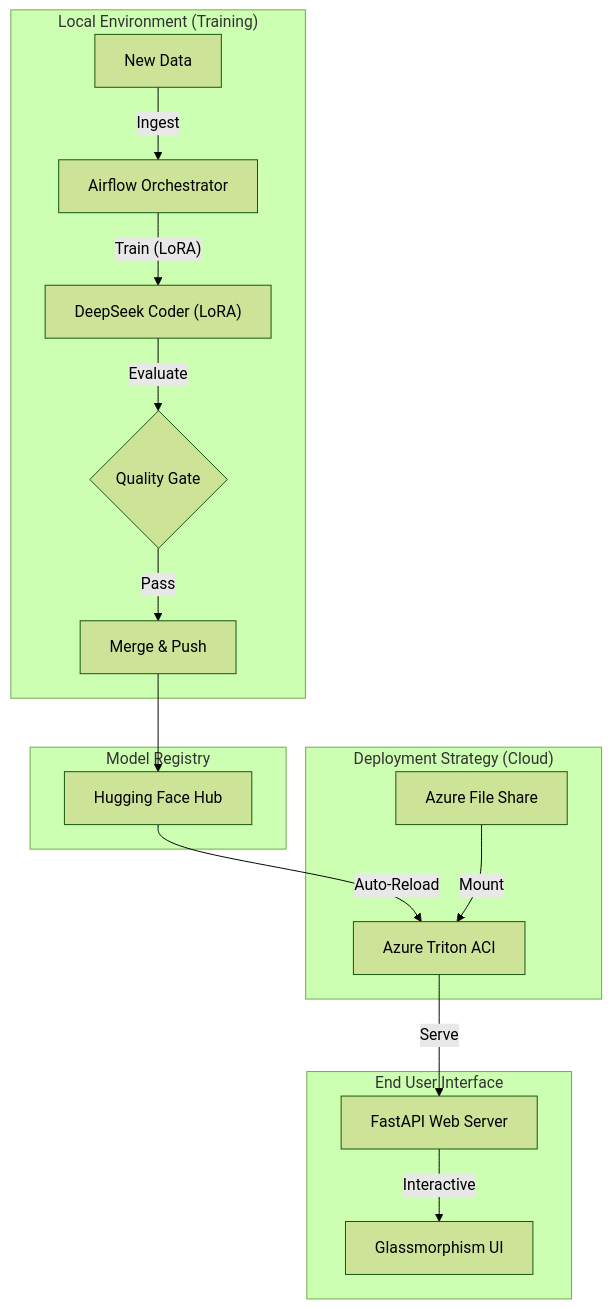
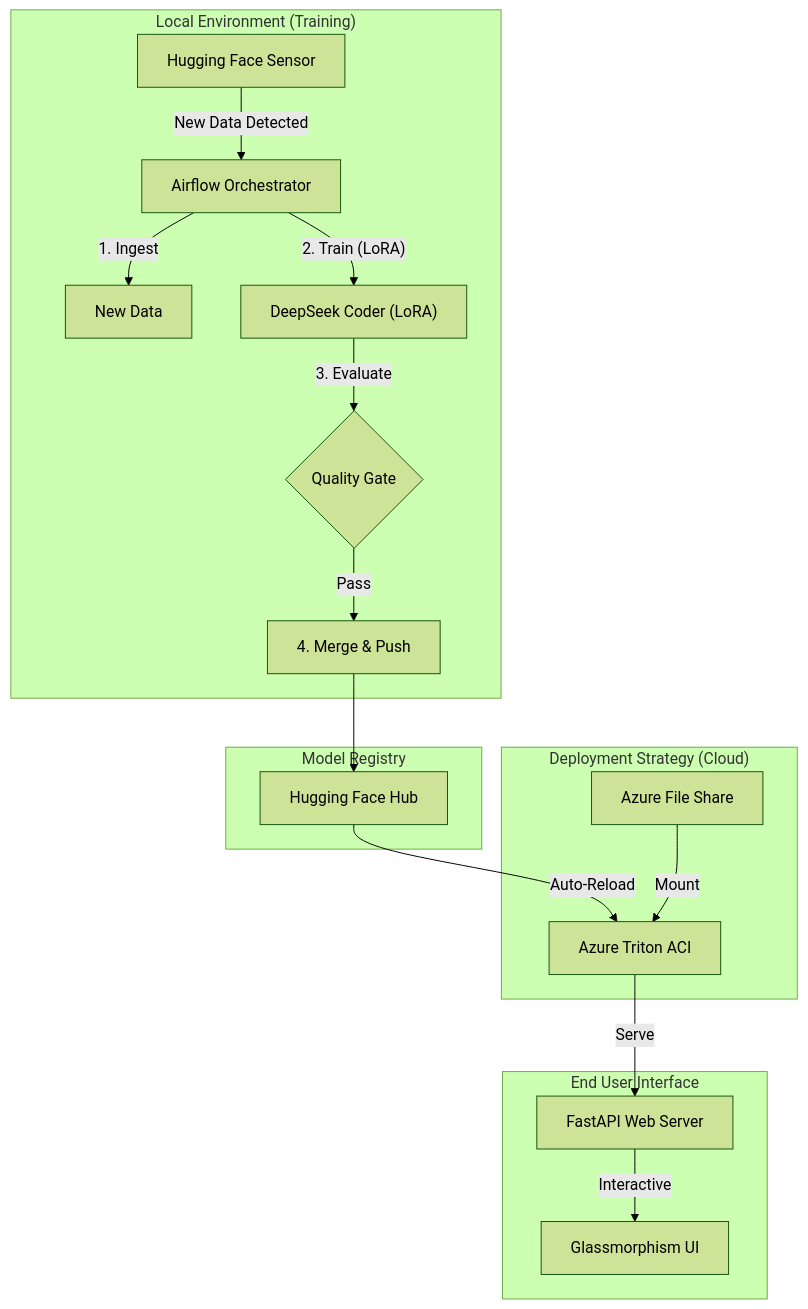
One commit to MohammedAmine0012/Continuous-Fine-Tuning-Pipeline-for-LLMs-Airflow-HuggingFace-LoRA- changed the diagram in README.md. Above: the diagram before and after it, drawn with Mermaid (forest theme).

Commit message:
docs: include Hugging Face sensor in architecture diagram

````diff
--- a/README.md
+++ b/README.md
@@ -35,23 +35,24 @@
 ```mermaid
 graph TD
     subgraph "Local Environment (Training)"
-        A["New Data"] -->|"Ingest"| B["Airflow Orchestrator"]
-        B -->|"Train (LoRA)"| C["DeepSeek Coder (LoRA)"]
-        C -->|"Evaluate"| D{"Quality Gate"}
-        D -- "Pass" --> E["Merge & Push"]
+        S["Hugging Face Sensor"] -->|"New Data Detected"| B["Airflow Orchestrator"]
+        B -->|"1. Ingest"| A["New Data"]
+        B -->|"2. Train (LoRA)"| C["DeepSeek Coder (LoRA)"]
+        C -->|"3. Evaluate"| D{"Quality Gate"}
+        D -- "Pass" --> E["4. Merge & Push"]
     end
 
     subgraph "Model Registry"
         E --> F["Hugging Face Hub"]
     end
 
     subgraph "Deployment Strategy (Cloud)"
         F -->|"Auto-Reload"| G["Azure Triton ACI"]
         H["Azure File Share"] -->|"Mount"| G
     end
 
     subgraph "End User Interface"
         G -->|"Serve"| I["FastAPI Web Server"]
         I -->|"Interactive"| J["Glassmorphism UI"]
     end
 ```
````
